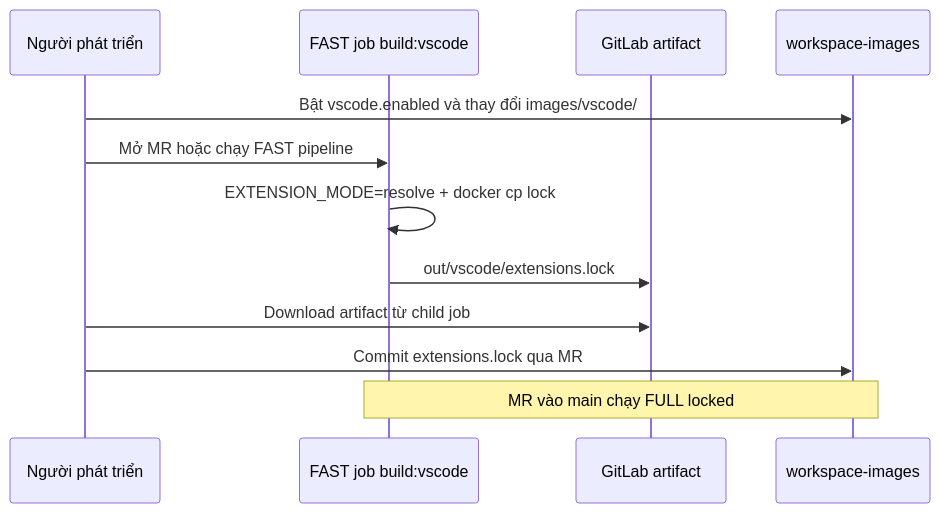
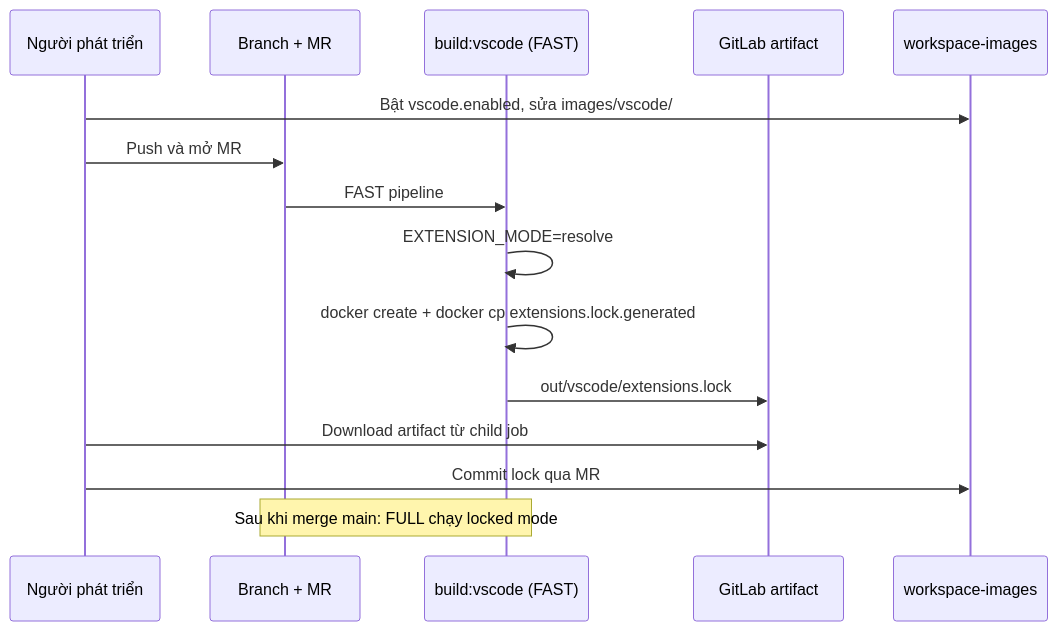
The fifth of 5 diagrams in README.md (solution156/ci-core), drawn with Mermaid before and after one commit. The commit also changed other lines of this file, not shown here.

````diff
--- a/README.md
+++ b/README.md
@@ -230,15 +241,18 @@
 ```mermaid
 sequenceDiagram
     participant Dev as Người phát triển
-    participant CI as FAST job build:vscode
+    participant MR as Branch + MR
+    participant CI as build:vscode (FAST)
     participant GL as GitLab artifact
     participant WS as workspace-images
 
-    Dev->>WS: Bật vscode.enabled và thay đổi images/vscode/
-    Dev->>CI: Mở MR hoặc chạy FAST pipeline
-    CI->>CI: EXTENSION_MODE=resolve + docker cp lock
+    Dev->>WS: Bật vscode.enabled, sửa images/vscode/
+    Dev->>MR: Push và mở MR
+    MR->>CI: FAST pipeline
+    CI->>CI: EXTENSION_MODE=resolve
+    CI->>CI: docker create + docker cp extensions.lock.generated
     CI->>GL: out/vscode/extensions.lock
     Dev->>GL: Download artifact từ child job
-    Dev->>WS: Commit extensions.lock qua MR
-    Note over WS,CI: MR vào main chạy FULL locked
+    Dev->>WS: Commit lock qua MR
+    Note over MR,CI: Sau khi merge main: FULL chạy locked mode
 ```
````
